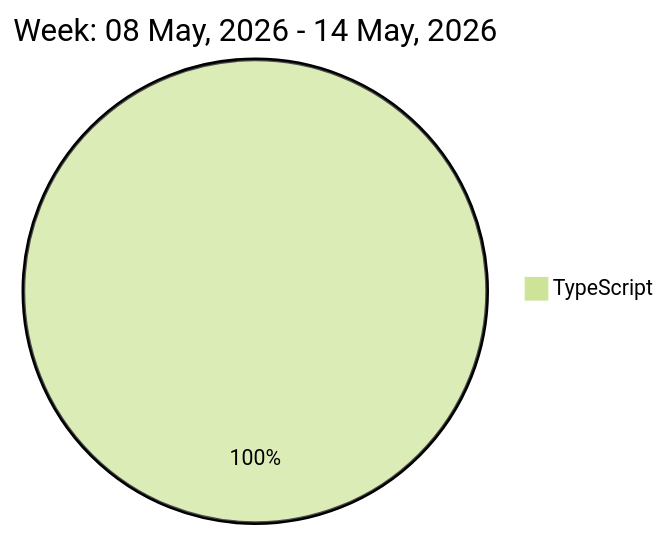
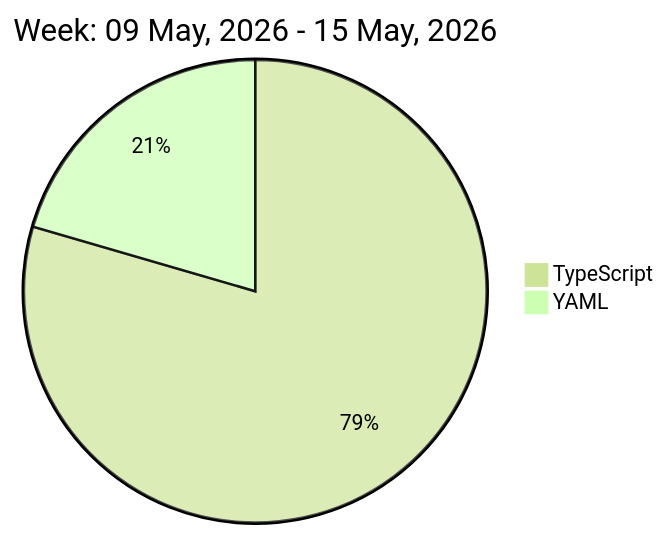
Before and after one commit to liubin95/liubin95: the diagram in README.md, drawn with Mermaid (forest theme).

Commit message:
Updated the Graph with new Metrics

````diff
--- a/README.md
+++ b/README.md
@@ -32,5 +32,6 @@
 ```mermaid
  pie
-title Week: 08 May, 2026 - 14 May, 2026
- "TypeScript" : 12.02
+title Week: 09 May, 2026 - 15 May, 2026
+ "TypeScript" : 9.5
+ "YAML" : 2.45
 ```
````
